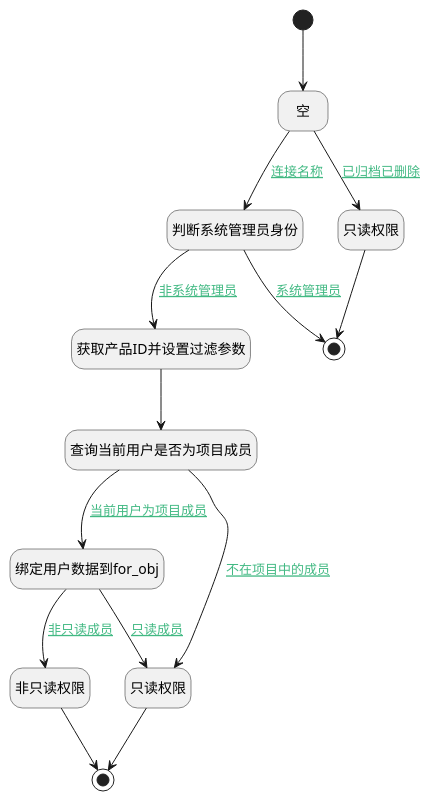
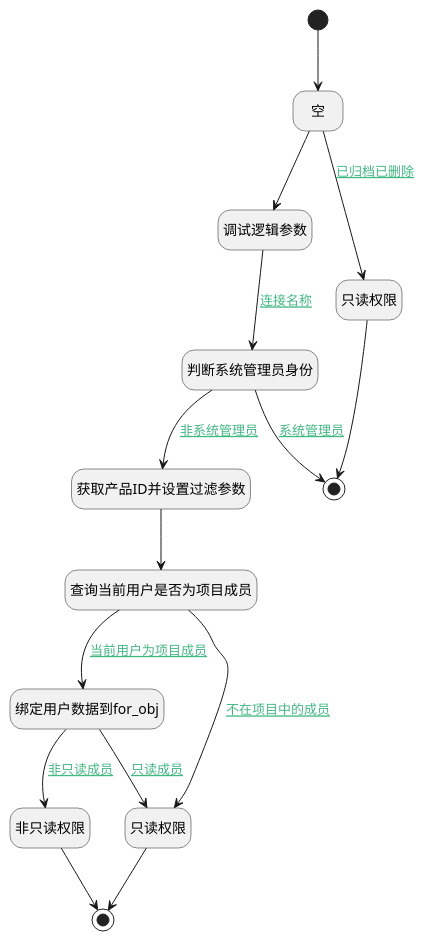
Before and after one commit to iBizLab/plm: the diagram in doc/docsify/module/ProjMgmt/work_item/logic/get_project_member.md, drawn with PlantUML. The commit also changed other lines of this file and 1473 other files, not shown here.

````diff
--- a/doc/docsify/module/ProjMgmt/work_item/logic/get_project_member.md
+++ b/doc/docsify/module/ProjMgmt/work_item/logic/get_project_member.md
@@ -7,40 +7,42 @@
 ```plantuml
 @startuml
 hide empty description
 <style>
 root {
   HyperlinkColor #42b983
 }
 </style>
 
 hide empty description
 state "开始" as Begin <<start>> [[$./get_project_member#begin {"开始"}]]
+state "调试逻辑参数" as DEBUGPARAM_01  [[$./get_project_member#debugparam_01 {"调试逻辑参数"}]]
 state "判断系统管理员身份" as RAWSFCODE3  [[$./get_project_member#rawsfcode3 {"判断系统管理员身份"}]]
 state "结束" as END2 <<end>> [[$./get_project_member#end2 {"结束"}]]
 state "获取产品ID并设置过滤参数" as PREPAREPARAM2  [[$./get_project_member#prepareparam2 {"获取产品ID并设置过滤参数"}]]
 state "查询当前用户是否为项目成员" as DEDATASET3  [[$./get_project_member#dedataset3 {"查询当前用户是否为项目成员"}]]
+state "空" as PREPAREPARAM3  [[$./get_project_member#prepareparam3 {"空"}]]
 state "绑定用户数据到for_obj" as PREPAREPARAM5  [[$./get_project_member#prepareparam5 {"绑定用户数据到for_obj"}]]
 state "只读权限" as RAWSFCODE1  [[$./get_project_member#rawsfcode1 {"只读权限"}]]
+state "非只读权限" as RAWSFCODE2  [[$./get_project_member#rawsfcode2 {"非只读权限"}]]
 state "结束" as END6 <<end>> [[$./get_project_member#end6 {"结束"}]]
-state "空" as PREPAREPARAM3  [[$./get_project_member#prepareparam3 {"空"}]]
-state "非只读权限" as RAWSFCODE2  [[$./get_project_member#rawsfcode2 {"非只读权限"}]]
 state "只读权限" as RAWSFCODE4  [[$./get_project_member#rawsfcode4 {"只读权限"}]]
 
 
 Begin --> PREPAREPARAM3
 PREPAREPARAM3 --> RAWSFCODE4 : [[$./get_project_member#prepareparam3-rawsfcode4{已归档已删除} 已归档已删除]]
 RAWSFCODE4 --> END2
-PREPAREPARAM3 --> RAWSFCODE3 : [[$./get_project_member#prepareparam3-rawsfcode3{连接名称} 连接名称]]
+PREPAREPARAM3 --> DEBUGPARAM_01
+DEBUGPARAM_01 --> RAWSFCODE3 : [[$./get_project_member#debugparam_01-rawsfcode3{连接名称} 连接名称]]
 RAWSFCODE3 --> PREPAREPARAM2 : [[$./get_project_member#rawsfcode3-prepareparam2{非系统管理员} 非系统管理员]]
 PREPAREPARAM2 --> DEDATASET3
 DEDATASET3 --> RAWSFCODE1 : [[$./get_project_member#dedataset3-rawsfcode1{不在项目中的成员} 不在项目中的成员]]
 RAWSFCODE1 --> END6
 DEDATASET3 --> PREPAREPARAM5 : [[$./get_project_member#dedataset3-prepareparam5{当前用户为项目成员} 当前用户为项目成员]]
 PREPAREPARAM5 --> RAWSFCODE2 : [[$./get_project_member#prepareparam5-rawsfcode2{非只读成员} 非只读成员]]
 RAWSFCODE2 --> END6
 PREPAREPARAM5 --> RAWSFCODE1 : [[$./get_project_member#prepareparam5-rawsfcode1{只读成员} 只读成员]]
 RAWSFCODE3 --> END2 : [[$./get_project_member#rawsfcode3-end2{系统管理员} 系统管理员]]
 
 
 @enduml
 ```
````
